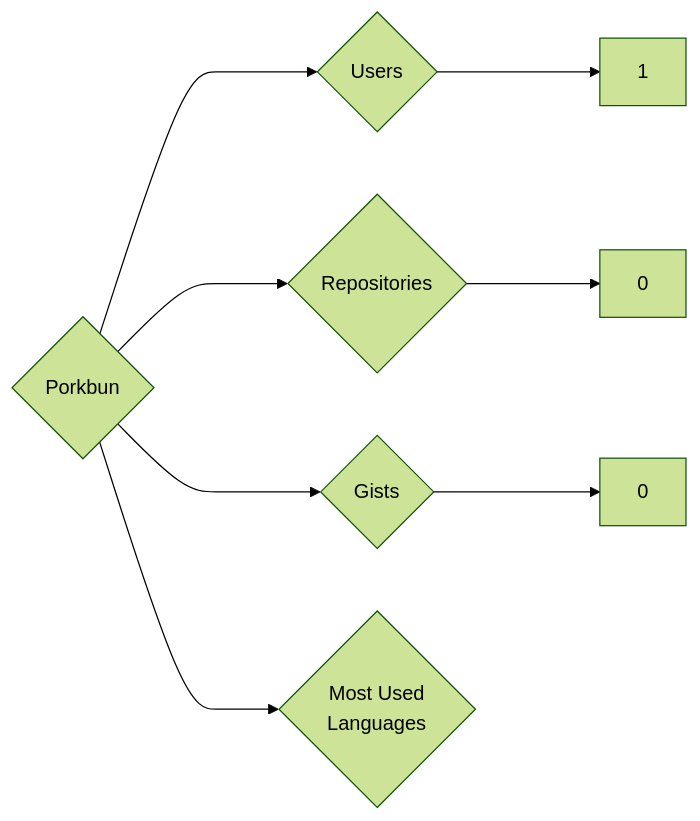
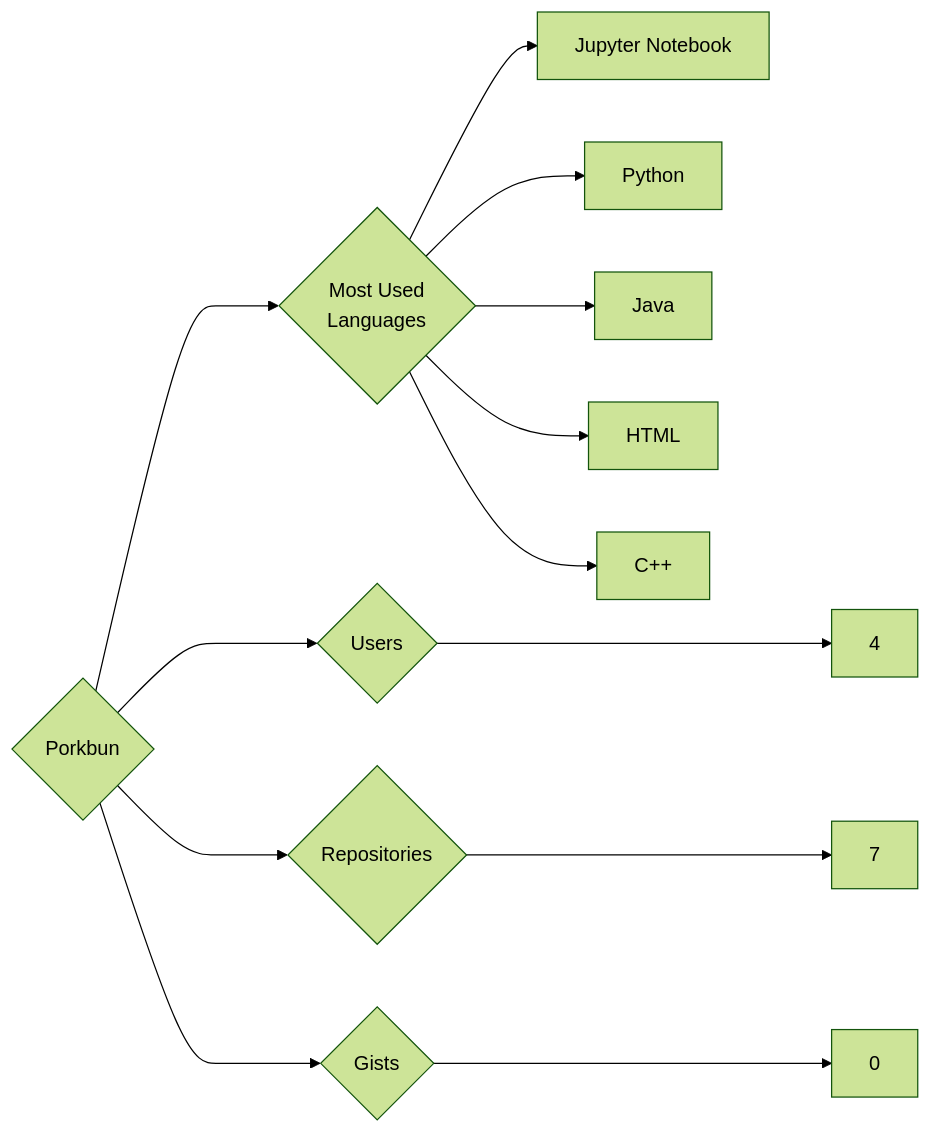
The diagram in targets/Porkbun/README.md (trickest/insiders), drawn with Mermaid (forest theme) before and after one commit. The commit also changed 1696 other files, not shown here.

````diff
--- a/targets/Porkbun/README.md
+++ b/targets/Porkbun/README.md
@@ -3,8 +3,13 @@
 ```mermaid
 graph LR
 COMPANY_NAME{Porkbun}
-COMPANY_NAME ---> U{Users} ---> UN[1]
-COMPANY_NAME ---> R{Repositories} ---> RN[0]
+COMPANY_NAME ---> U{Users} ---> UN[4]
+COMPANY_NAME ---> R{Repositories} ---> RN[7]
 COMPANY_NAME ---> G{Gists} ---> GN[0]
 COMPANY_NAME ---> ML{Most Used<br>Languages}
+ML --> Jupyter_Notebook[Jupyter Notebook]
+ML --> Python[Python]
+ML --> Java[Java]
+ML --> HTML[HTML]
+ML --> C++[C++]
 ```
````
